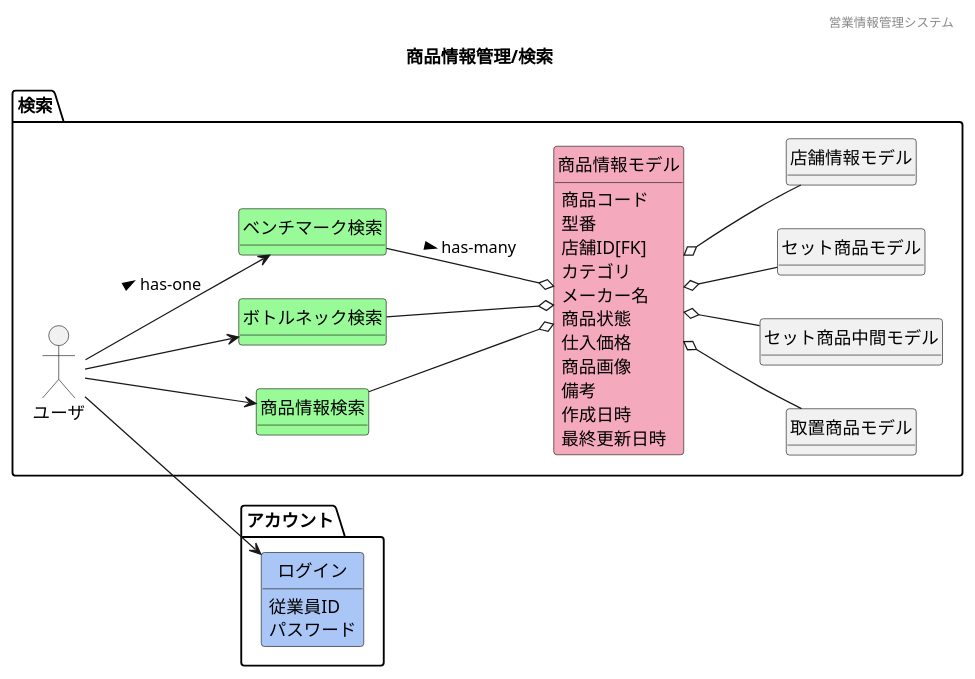
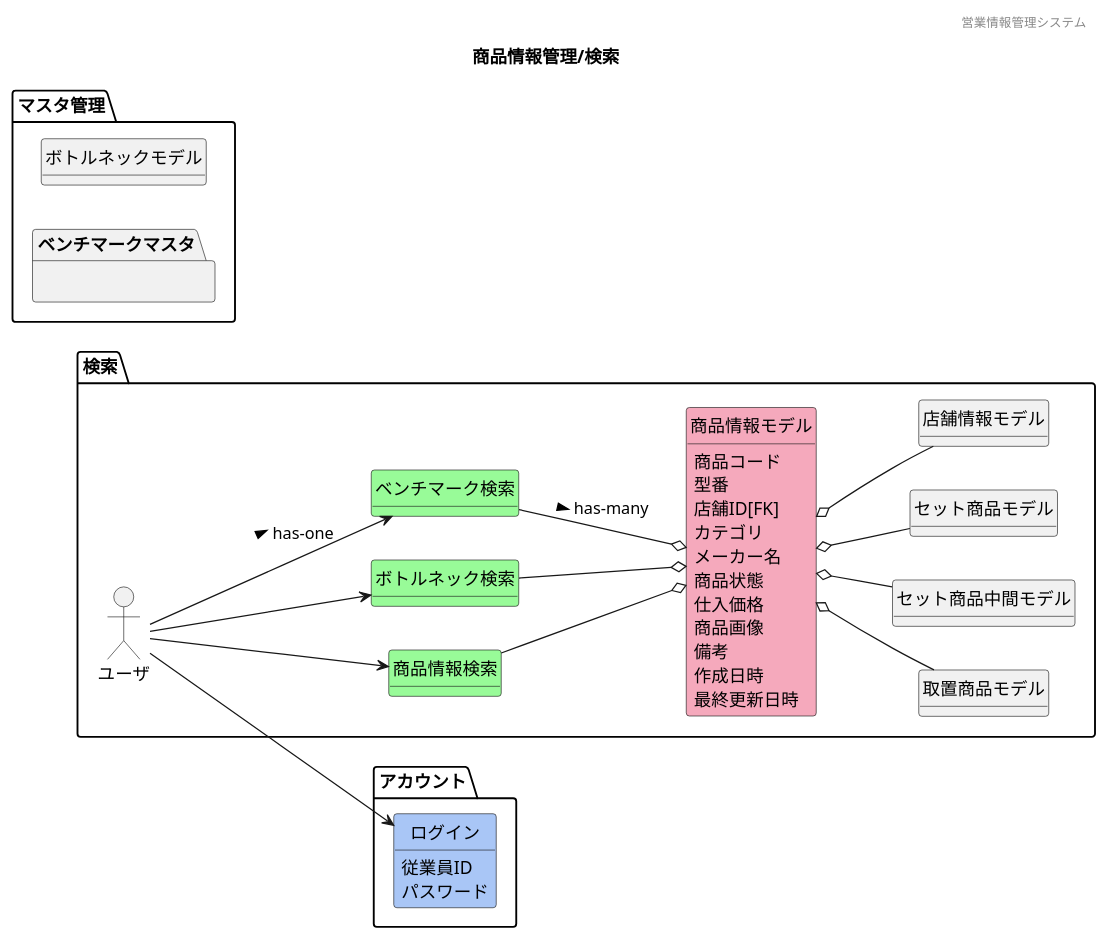
Before and after one commit to HaruShim/Sotuken: the diagram in 各種設計書/1ドメインモデル図/商品情報管理/F08検索.plantuml, drawn with PlantUML.

```diff
--- a/各種設計書/1ドメインモデル図/商品情報管理/F08検索.plantuml
+++ b/各種設計書/1ドメインモデル図/商品情報管理/F08検索.plantuml
@@ -1,75 +1,75 @@
 @startuml ../images/商品情報管理/検索
 ' ヘッダー
 header 営業情報管理システム
 ' タイトル
 title 商品情報管理/検索
 ' 
 hide circle
 ' 
 hide method
 left to right direction
 
 package "アカウント"{
     class "ログイン" #A9C6F6
 
 }
 package "検索"{
 'ユーザや外部システム
     mix_actor "ユーザ"
     class "商品情報検索" #98fb98
     class "ボトルネック検索" #98fb98
     class "ベンチマーク検索" #98fb98
     class "商品情報モデル" #F5A9BC
     class "取置商品モデル"
     class "セット商品中間モデル"
     class "セット商品モデル"
     class "店舗情報モデル"
     
 }
-    ' package "マスタ管理"{
-    '     ' package ベンチマークマスタ{
-    '     '     ' class "CPUベンチマークモデル"
-    '     '     ' class "GPUベンチマークモデル"
-    '     ' } 
-    '     ' class "ボトルネックモデル"
-    ' }
+    package "マスタ管理"{
+        package ベンチマークマスタ{
+            ' class "CPUベンチマークモデル"
+            ' class "GPUベンチマークモデル"
+        } 
+        class "ボトルネックモデル" {}
+    }
     ' class "" #F5A9BC
     ' class "" #ffd700
 
     'モデル同士の関係
     ユーザ --> 商品情報検索
     ユーザ --> ボトルネック検索
     ユーザ --> ベンチマーク検索 : > has-one
     ユーザ --> ログイン
     商品情報検索 --o 商品情報モデル
     ボトルネック検索 --o 商品情報モデル
     ベンチマーク検索 --o 商品情報モデル: > has-many
     商品情報モデル o-- 取置商品モデル
     商品情報モデル o-- セット商品モデル
     商品情報モデル o-- セット商品中間モデル
     商品情報モデル o-- 店舗情報モデル
     ' 商品情報モデル o-- マスタ管理
 
     'ドメインクラスの属性
     商品情報モデル : 商品コード
     商品情報モデル : 型番
     商品情報モデル : 店舗ID[FK]
     商品情報モデル : カテゴリ
     商品情報モデル : メーカー名
     商品情報モデル : 商品状態
     商品情報モデル : 仕入価格
     商品情報モデル : 商品画像
     商品情報モデル : 備考
     商品情報モデル : 作成日時
     商品情報モデル : 最終更新日時
 
     ' 商品情報モデル : 商品コード
     ' 商品情報モデル : 型番
     ' 商品情報モデル : JANコード
     ' 商品情報モデル : 商品画像
     ' 商品情報モデル : 在庫場所
     ' 商品情報モデル : カテゴリ
     ' 商品情報モデル : 仕入価格
     ログイン : 従業員ID
     ログイン : パスワード
 @enduml
```
